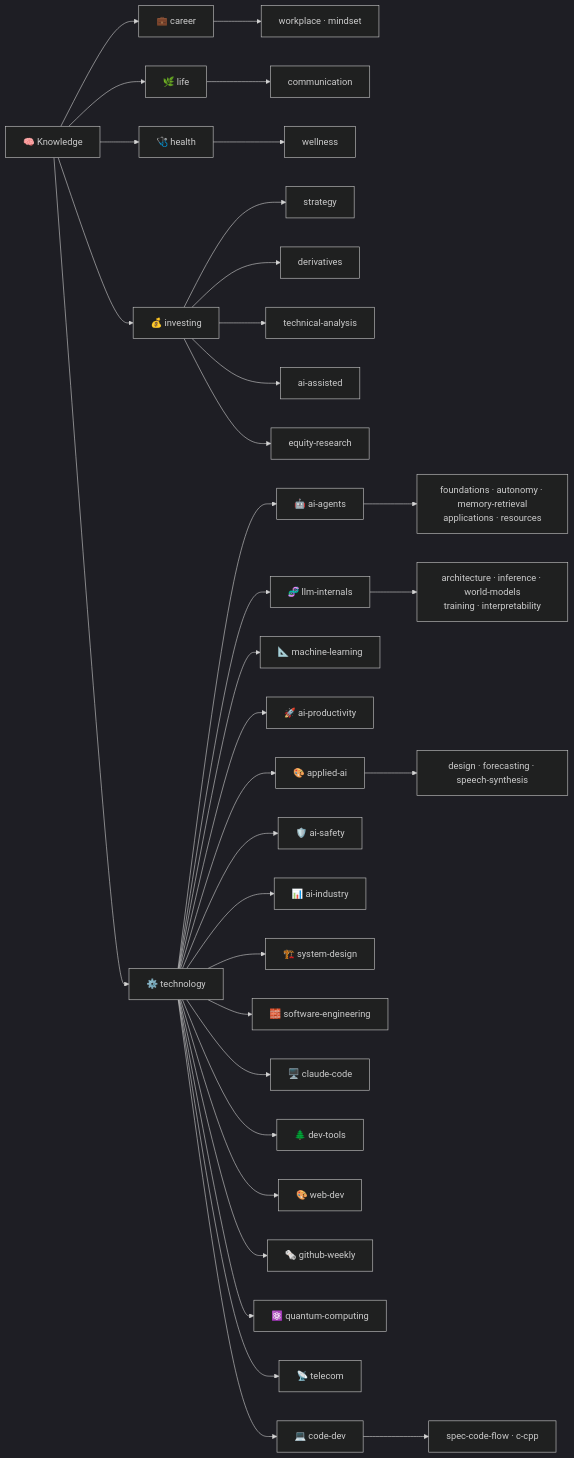
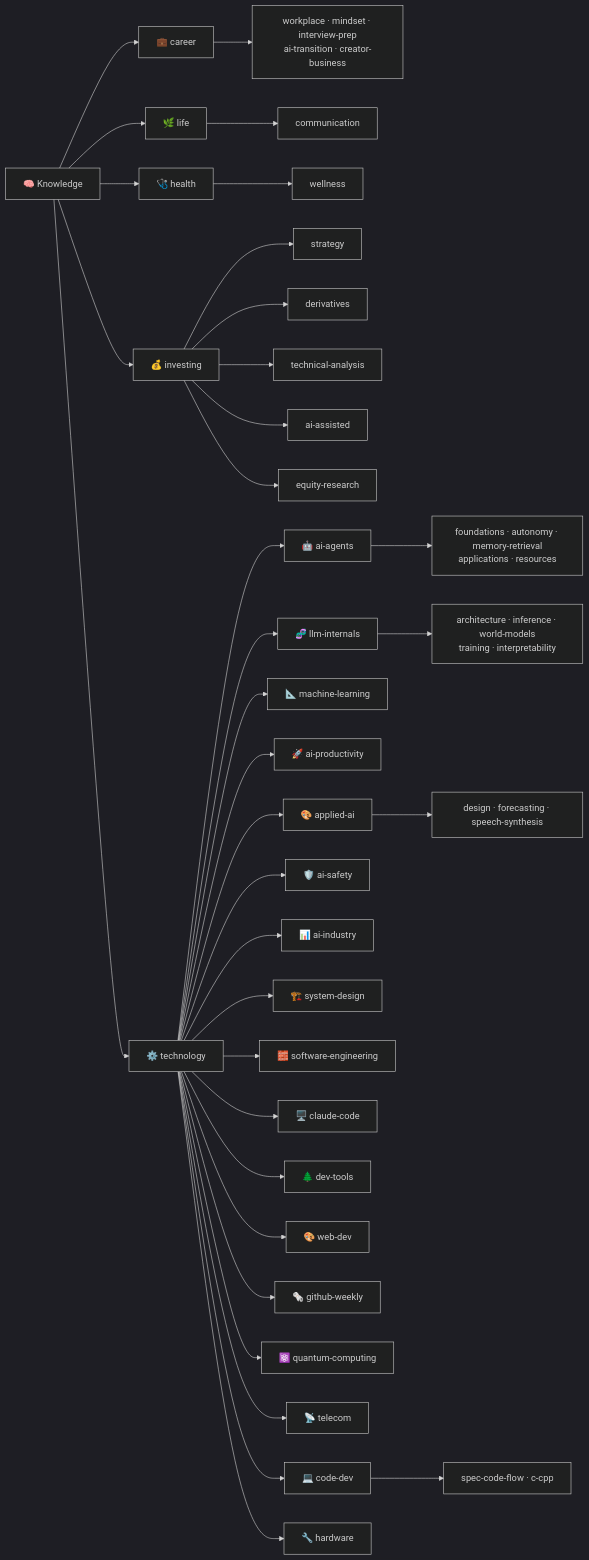
One commit to shooter2062424/Knowledge changed the diagram in README.md. Above: the diagram before and after it, drawn with Mermaid (dark theme). The commit also changed other lines of this file and 53 other files, not shown here.

````diff
--- a/README.md
+++ b/README.md
@@ -34,36 +34,37 @@
 ```mermaid
 flowchart LR
     K["🧠 Knowledge"] --> I["💰 investing"]
     K --> T["⚙️ technology"]
     K --> C["💼 career"]
-    C --> C1["workplace · mindset"]
+    C --> C1["workplace · mindset · interview-prep<br/>ai-transition · creator-business"]
     K --> L["🌿 life"]
     L --> L1["communication"]
     K --> H["🩺 health"]
     H --> H1["wellness"]
     I --> I1["strategy"]
     I --> I2["derivatives"]
     I --> I3["technical-analysis"]
     I --> I4["ai-assisted"]
     I --> I5["equity-research"]
     T --> T1["🤖 ai-agents"]
     T --> T2["🧬 llm-internals"]
     T --> T14["📐 machine-learning"]
     T --> T3["🚀 ai-productivity"]
     T --> T4["🎨 applied-ai"]
     T --> T7["🛡️ ai-safety"]
     T --> T9["📊 ai-industry"]
     T --> T10["🏗️ system-design"]
     T --> T15["🧱 software-engineering"]
     T --> T8["🖥️ claude-code"]
     T --> T11["🌲 dev-tools"]
     T --> T13["🎨 web-dev"]
     T --> T12["🗞️ github-weekly"]
     T --> T6["⚛️ quantum-computing"]
     T --> T5["📡 telecom"]
     T --> T16["💻 code-dev"]
+    T --> T17["🔧 hardware"]
     T1 --> T1a["foundations · autonomy · memory-retrieval<br/>applications · resources"]
     T2 --> T2a["architecture · inference · world-models<br/>training · interpretability"]
     T4 --> T4a["design · forecasting · speech-synthesis"]
     T16 --> T16a["spec-code-flow · c-cpp"]
 ```
````
